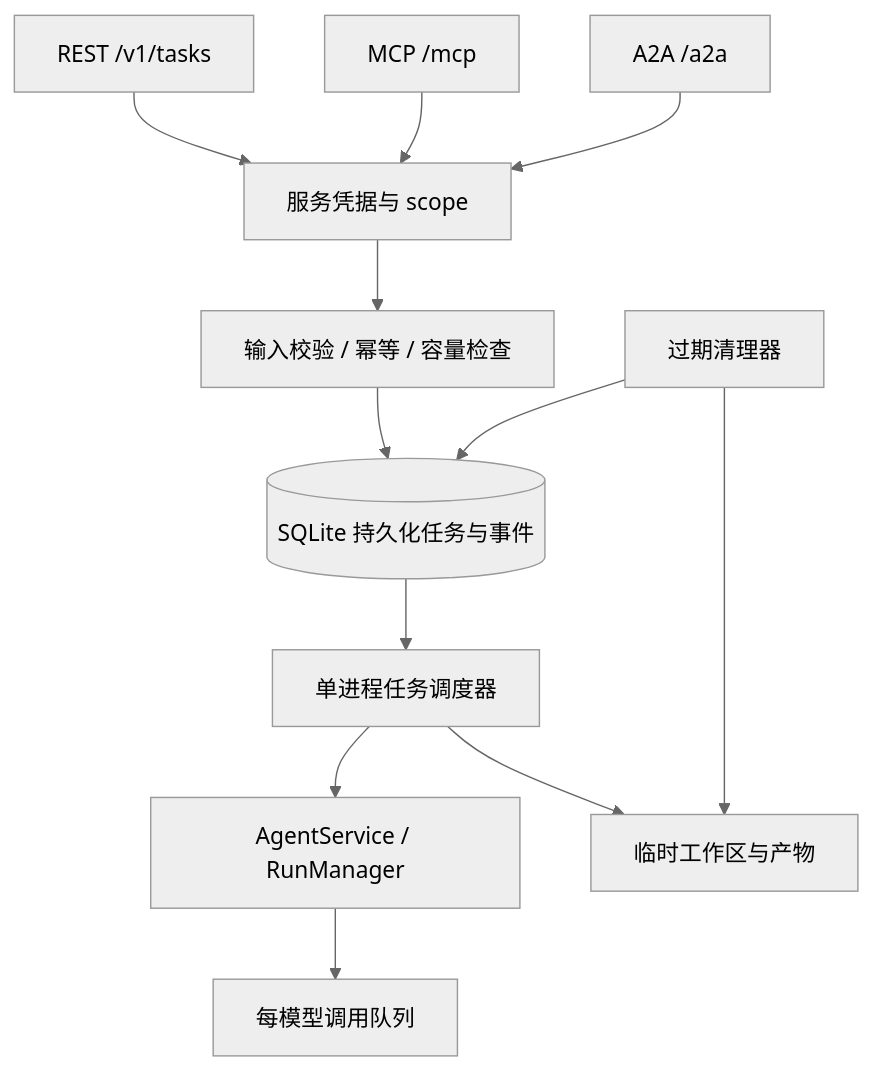
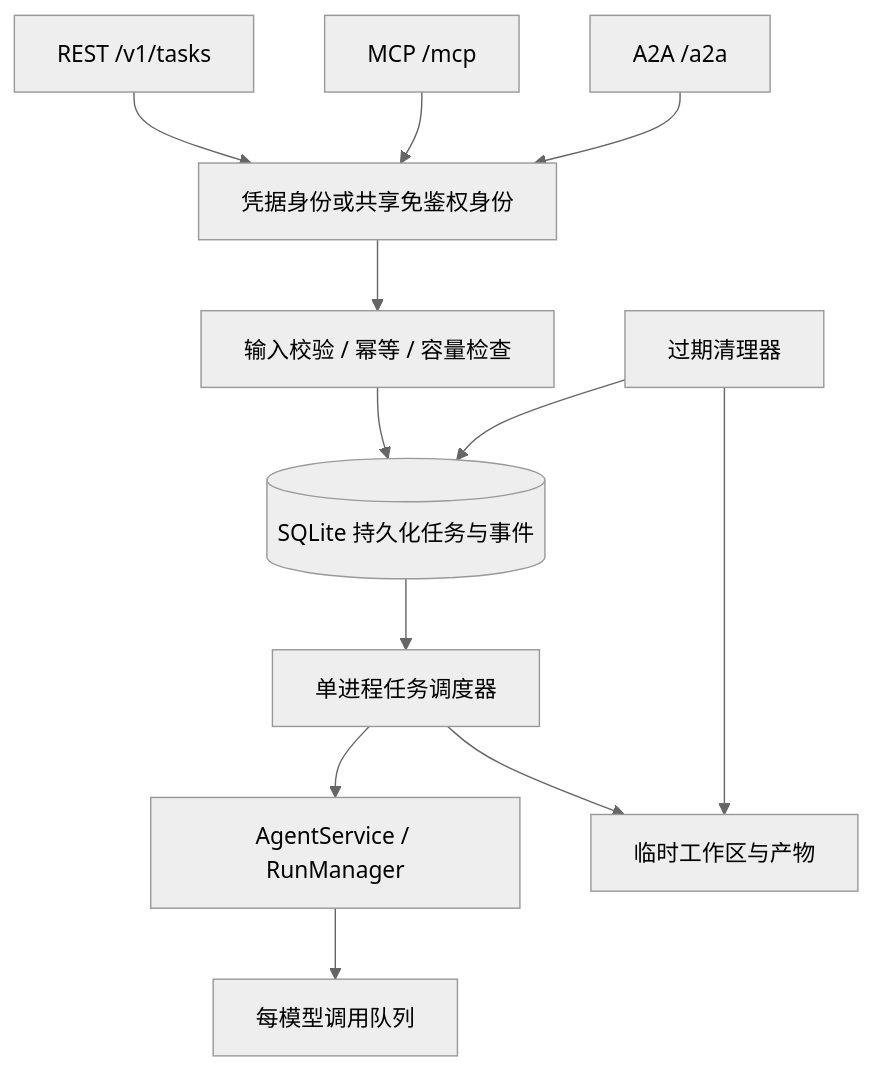
The diagram in docs/architecture/api-service.md (umeiko/UmEkO), drawn with Mermaid (neutral theme) before and after one commit. The commit also changed other lines of this file and 21 other files, not shown here.

````diff
--- a/docs/architecture/api-service.md
+++ b/docs/architecture/api-service.md
@@ -5,14 +5,14 @@
 ```mermaid
 flowchart TB
-    REST[REST /v1/tasks] --> Identity[服务凭据与 scope]
+    REST[REST /v1/tasks] --> Identity[凭据身份或共享免鉴权身份]
     MCP[MCP /mcp] --> Identity
     A2A[A2A /a2a] --> Identity
     Identity --> Admission[输入校验 / 幂等 / 容量检查]
     Admission --> Tasks[(SQLite 持久化任务与事件)]
     Tasks --> Worker[单进程任务调度器]
     Worker --> Agent[AgentService / RunManager]
     Agent --> Model[每模型调用队列]
     Worker --> Files[临时工作区与产物]
     GC[过期清理器] --> Tasks
     GC --> Files
 ```
````
